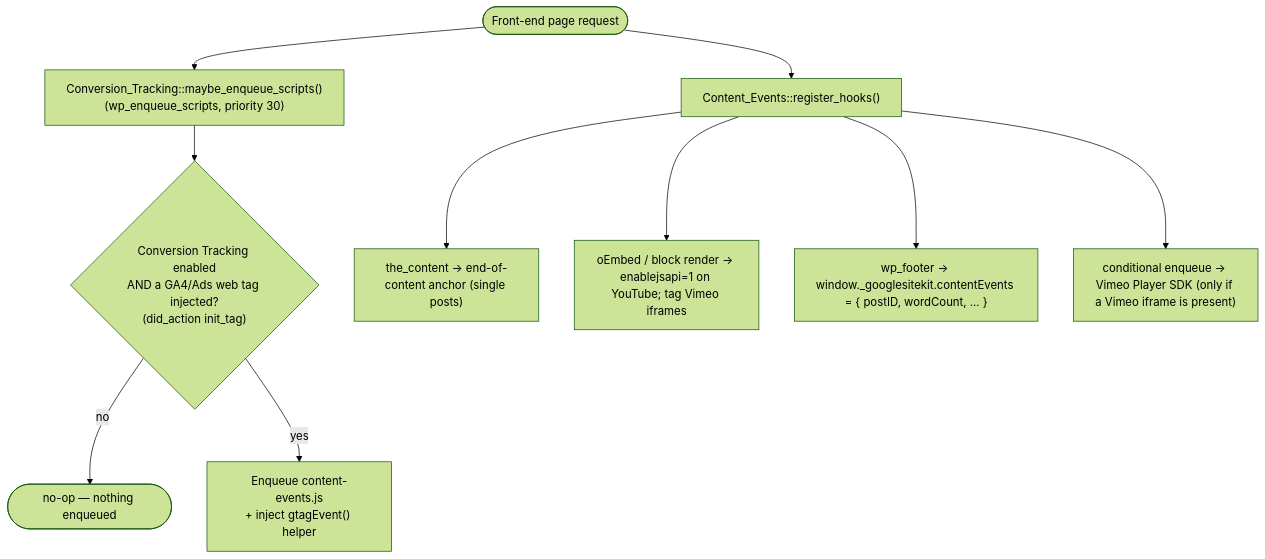
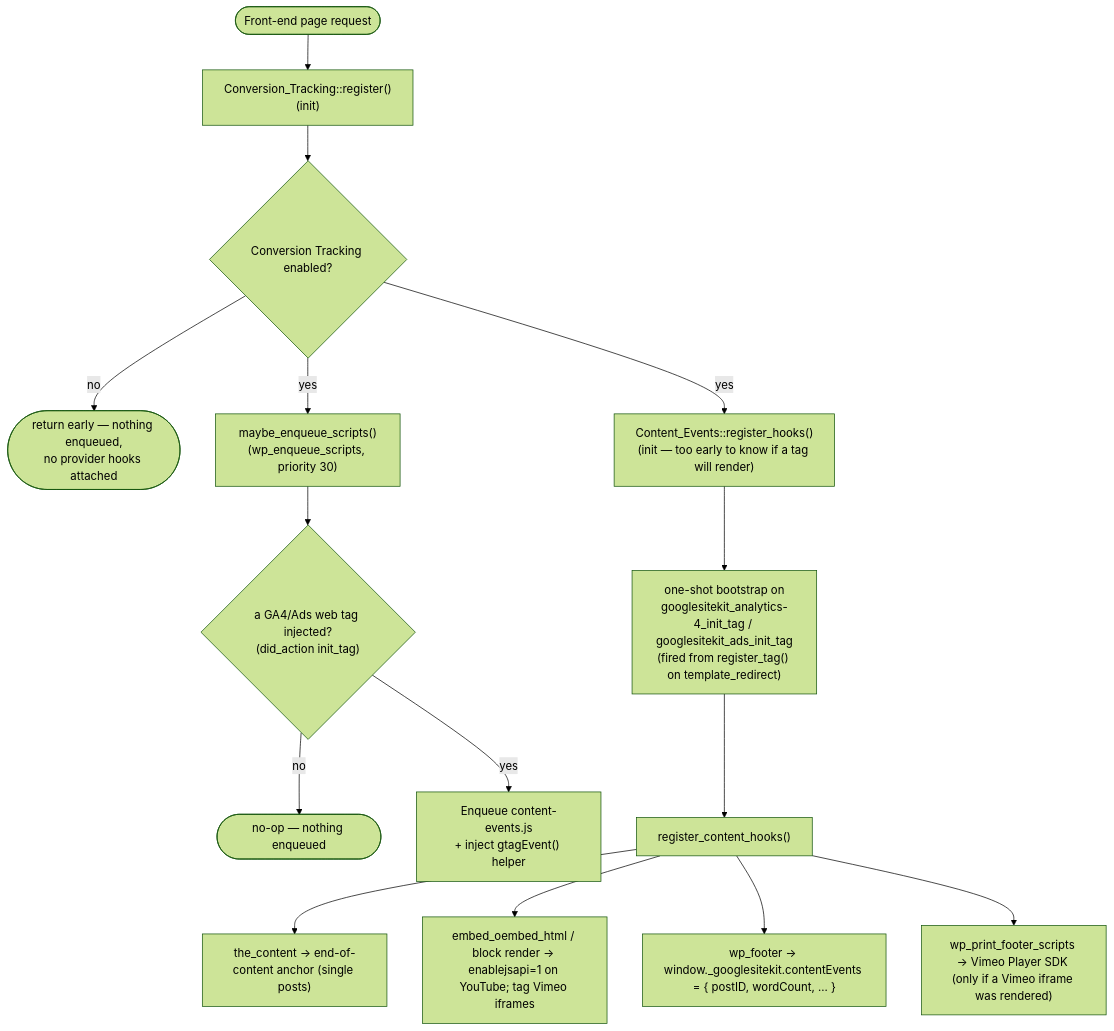
One commit to google/site-kit-wp changed the first of 2 diagrams in docs/epics/extend-event-tracking/design-doc.md. Above: the diagram before and after it, drawn with Mermaid (forest theme). The commit also changed other lines of this file, not shown here.

Commit message:
Enhance Content Events provider to remove plugin gating and implement server-side hook gating for improved event tracking.

````diff
--- a/docs/epics/extend-event-tracking/design-doc.md
+++ b/docs/epics/extend-event-tracking/design-doc.md
@@ -54,15 +54,21 @@
 ```mermaid
 flowchart TD
     REQ(["Front-end page request"])
 
-    REQ --> MES["Conversion_Tracking::maybe_enqueue_scripts()<br/>(wp_enqueue_scripts, priority 30)"]
-    MES --> PRE{"Conversion Tracking enabled<br/>AND a GA4/Ads web tag injected?<br/>(did_action init_tag)"}
-    PRE -->|no| STOP(["no-op — nothing enqueued"])
+    REQ --> REG["Conversion_Tracking::register()<br/>(init)"]
+    REG --> GATE{"Conversion Tracking enabled?"}
+    GATE -->|no| STOP(["return early — nothing enqueued,<br/>no provider hooks attached"])
+
+    GATE -->|yes| MES["maybe_enqueue_scripts()<br/>(wp_enqueue_scripts, priority 30)"]
+    MES --> PRE{"a GA4/Ads web tag injected?<br/>(did_action init_tag)"}
+    PRE -->|no| STOP2(["no-op — nothing enqueued"])
     PRE -->|yes| ENQ["Enqueue content-events.js<br/>+ inject gtagEvent() helper"]
 
-    REQ --> HOOKS["Content_Events::register_hooks()"]
-    HOOKS --> H1["the_content → end-of-content anchor (single posts)"]
-    HOOKS --> H2["oEmbed / block render → enablejsapi=1 on YouTube; tag Vimeo iframes"]
-    HOOKS --> H3["wp_footer → window._googlesitekit.contentEvents = { postID, wordCount, ... }"]
-    HOOKS --> H4["conditional enqueue → Vimeo Player SDK (only if a Vimeo iframe is present)"]
+    GATE -->|yes| HOOKS["Content_Events::register_hooks()<br/>(init — too early to know if a tag will render)"]
+    HOOKS --> BOOT["one-shot bootstrap on<br/>googlesitekit_analytics-4_init_tag / googlesitekit_ads_init_tag<br/>(fired from register_tag() on template_redirect)"]
+    BOOT --> ADD["register_content_hooks()"]
+    ADD --> H1["the_content → end-of-content anchor (single posts)"]
+    ADD --> H2["embed_oembed_html / block render → enablejsapi=1 on YouTube; tag Vimeo iframes"]
+    ADD --> H3["wp_footer → window._googlesitekit.contentEvents = { postID, wordCount, ... }"]
+    ADD --> H4["wp_print_footer_scripts → Vimeo Player SDK (only if a Vimeo iframe was rendered)"]
 ```
````
